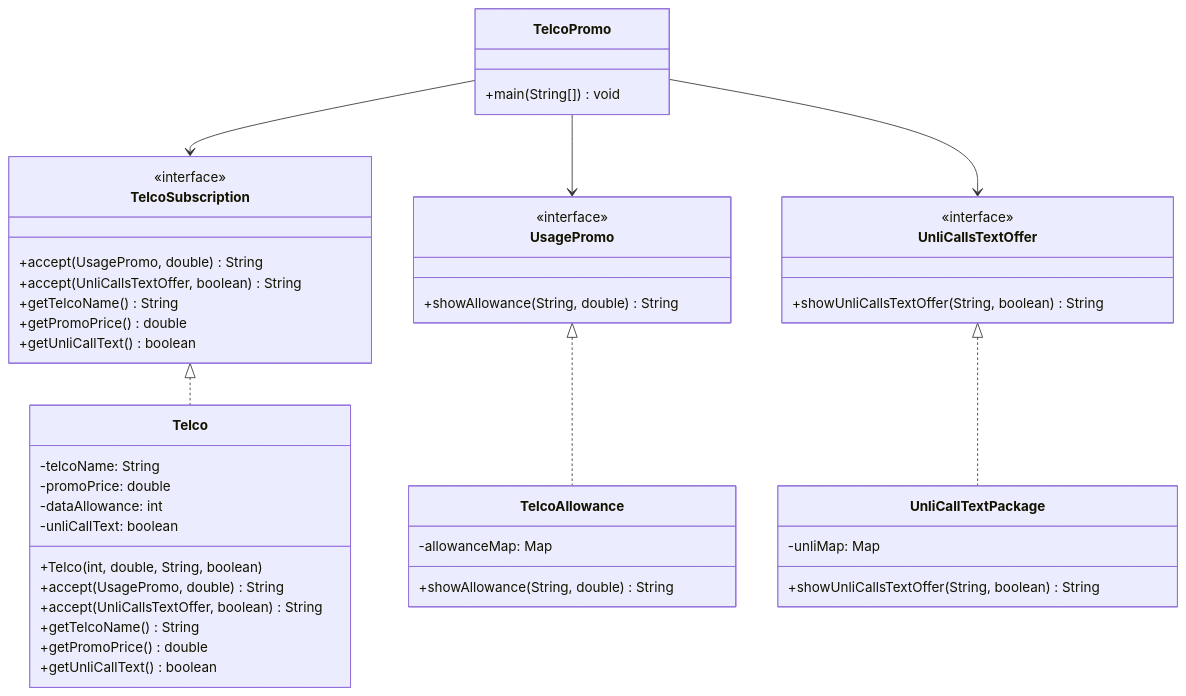
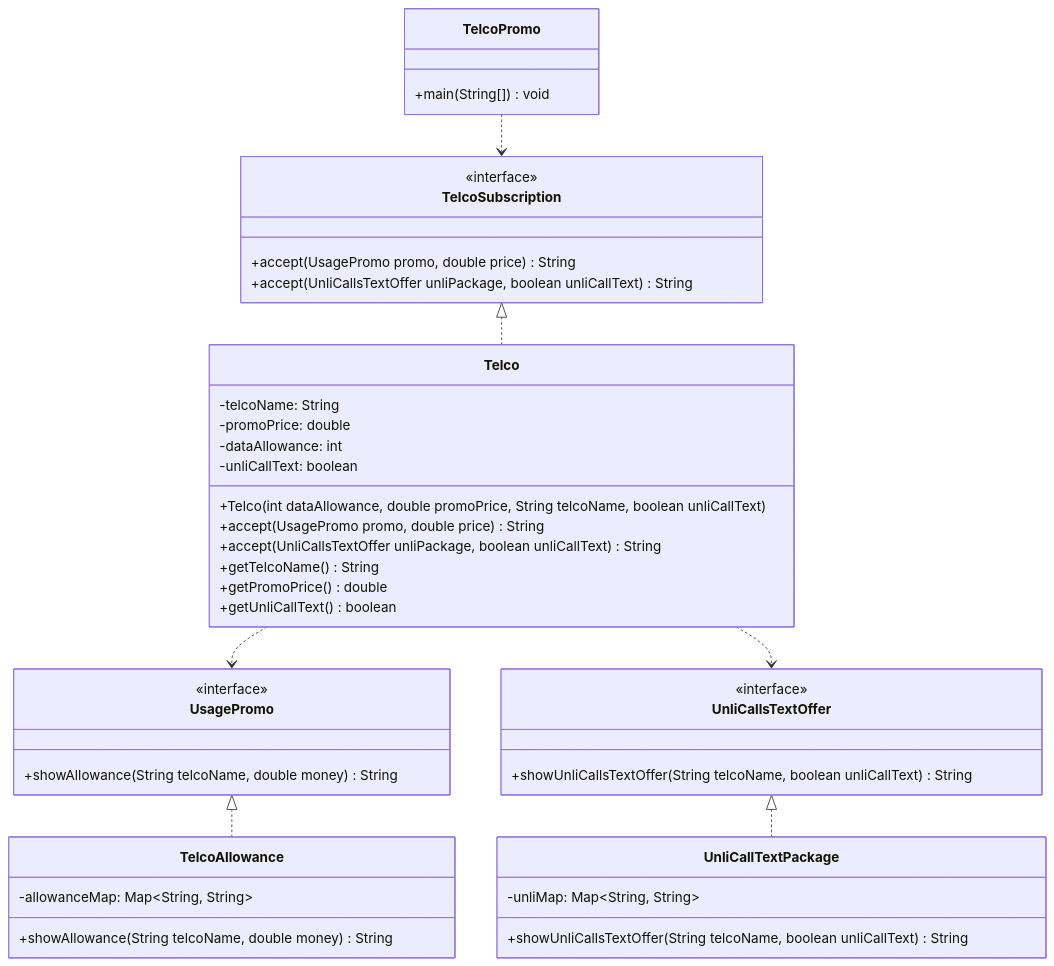
Before and after one commit to princecyrusang/Visitor-Pattern: the diagram in README.md, drawn with Mermaid.

Commit message:
Update UML diagram to match the provided specification

````diff
--- a/README.md
+++ b/README.md
@@ -5,55 +5,52 @@
 ```mermaid
 classDiagram
     class TelcoSubscription {
         <<interface>>
-        +accept(UsagePromo, double) String
-        +accept(UnliCallsTextOffer, boolean) String
-        +getTelcoName() String
-        +getPromoPrice() double
-        +getUnliCallText() boolean
+        +accept(UsagePromo promo, double price) String
+        +accept(UnliCallsTextOffer unliPackage, boolean unliCallText) String
     }
 
     class Telco {
         -telcoName: String
         -promoPrice: double
         -dataAllowance: int
         -unliCallText: boolean
-        +Telco(int, double, String, boolean)
-        +accept(UsagePromo, double) String
-        +accept(UnliCallsTextOffer, boolean) String
+        +Telco(int dataAllowance, double promoPrice, String telcoName, boolean unliCallText)
+        +accept(UsagePromo promo, double price) String
+        +accept(UnliCallsTextOffer unliPackage, boolean unliCallText) String
         +getTelcoName() String
         +getPromoPrice() double
         +getUnliCallText() boolean
     }
 
     class UsagePromo {
         <<interface>>
-        +showAllowance(String, double) String
+        +showAllowance(String telcoName, double money) String
     }
 
     class UnliCallsTextOffer {
         <<interface>>
-        +showUnliCallsTextOffer(String, boolean) String
+        +showUnliCallsTextOffer(String telcoName, boolean unliCallText) String
     }
 
     class TelcoAllowance {
-        -allowanceMap: Map
-        +showAllowance(String, double) String
+        -allowanceMap: Map~String, String~
+        +showAllowance(String telcoName, double money) String
     }
 
     class UnliCallTextPackage {
-        -unliMap: Map
-        +showUnliCallsTextOffer(String, boolean) String
+        -unliMap: Map~String, String~
+        +showUnliCallsTextOffer(String telcoName, boolean unliCallText) String
     }
 
     class TelcoPromo {
         +main(String[]) void
     }
 
     TelcoSubscription <|.. Telco
     UsagePromo <|.. TelcoAllowance
     UnliCallsTextOffer <|.. UnliCallTextPackage
-    TelcoPromo --> TelcoSubscription
-    TelcoPromo --> UsagePromo
-    TelcoPromo --> UnliCallsTextOffer
+    TelcoPromo ..> TelcoSubscription
+    Telco ..> UsagePromo
+    Telco ..> UnliCallsTextOffer
 ```
````
